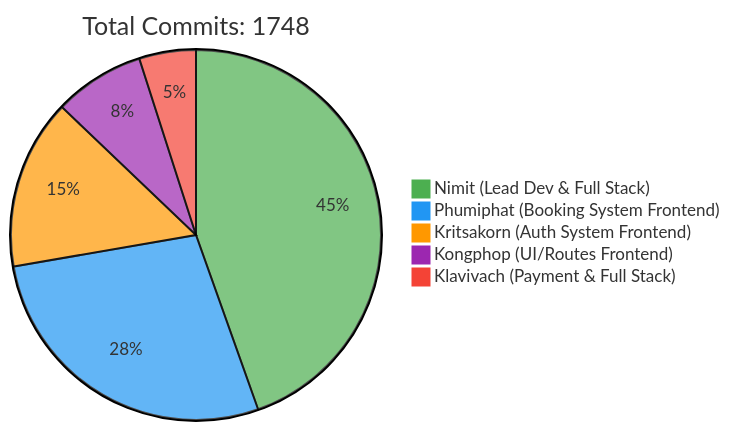
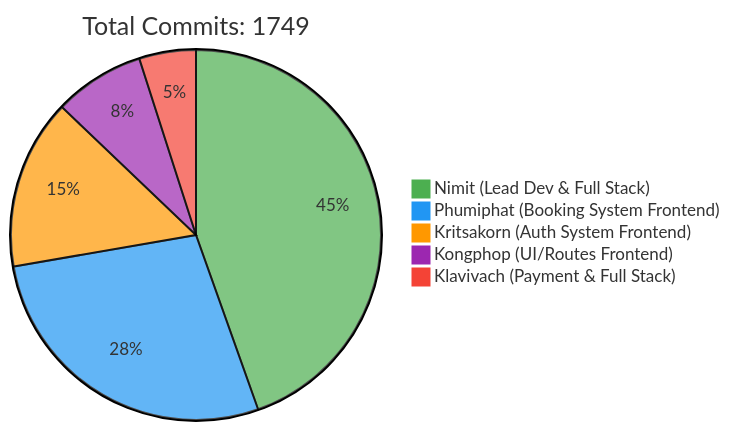
Before and after one commit to 6531503042/Sport-Complex: the first of 2 diagrams in README.md, drawn with Mermaid. The commit also changed other lines of this file, not shown here.

Commit message:
docs: Update contributor statistics [skip ci]

````diff
--- a/README.md
+++ b/README.md
@@ -257,10 +257,10 @@
 ```mermaid
 %%{init: {'theme': 'base', 'themeVariables': { 'pie1': '#4CAF50', 'pie2': '#2196F3', 'pie3': '#FF9800', 'pie4': '#9C27B0', 'pie5': '#F44336'}}}%%
 pie
-    title Total Commits: 1748
+    title Total Commits: 1749
     "Nimit (Lead Dev & Full Stack)" : 450
     "Phumiphat (Booking System Frontend)" : 280
     "Kritsakorn (Auth System Frontend)" : 150
     "Kongphop (UI/Routes Frontend)" : 80
     "Klavivach (Payment & Full Stack)" : 50
 ```
````
